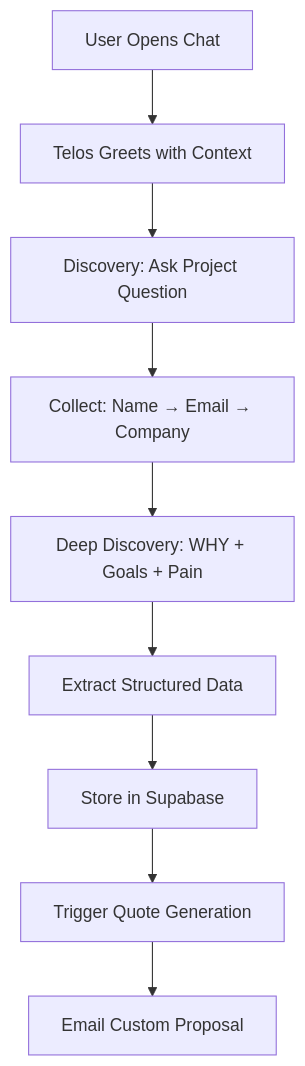
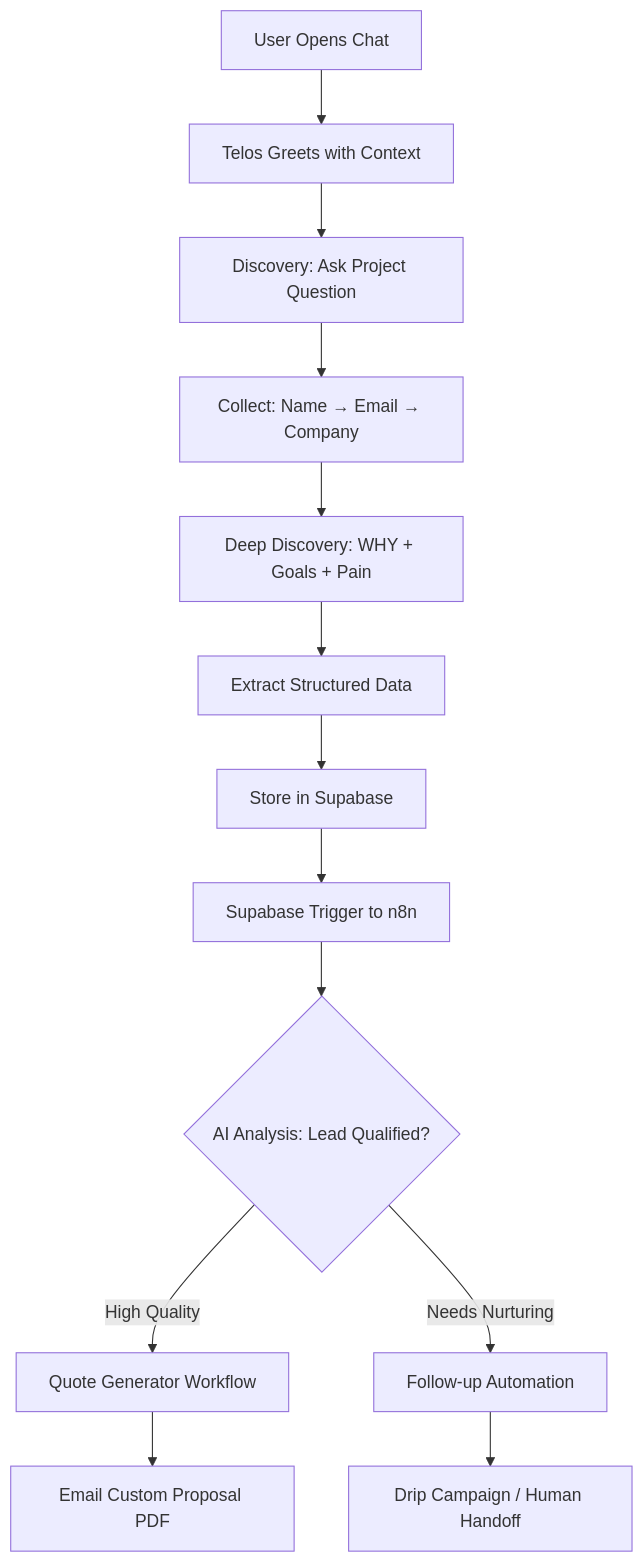
One commit to muriloscigliano/areyouhuman changed the diagram in README.md. Above: the diagram before and after it, drawn with Mermaid. The commit also changed other lines of this file, not shown here.

First line of the commit message:
docs: Add n8n intelligent automation routing to README

````diff
--- a/README.md
+++ b/README.md
@@ -61,11 +61,15 @@
 ```mermaid
 graph TD
     A[User Opens Chat] --> B[Telos Greets with Context]
     B --> C[Discovery: Ask Project Question]
     C --> D[Collect: Name → Email → Company]
     D --> E[Deep Discovery: WHY + Goals + Pain]
     E --> F[Extract Structured Data]
     F --> G[Store in Supabase]
-    G --> H[Trigger Quote Generation]
-    H --> I[Email Custom Proposal]
+    G --> H[Supabase Trigger to n8n]
+    H --> I{AI Analysis: Lead Qualified?}
+    I -->|High Quality| J[Quote Generator Workflow]
+    I -->|Needs Nurturing| K[Follow-up Automation]
+    J --> L[Email Custom Proposal PDF]
+    K --> M[Drip Campaign / Human Handoff]
 ```
````
